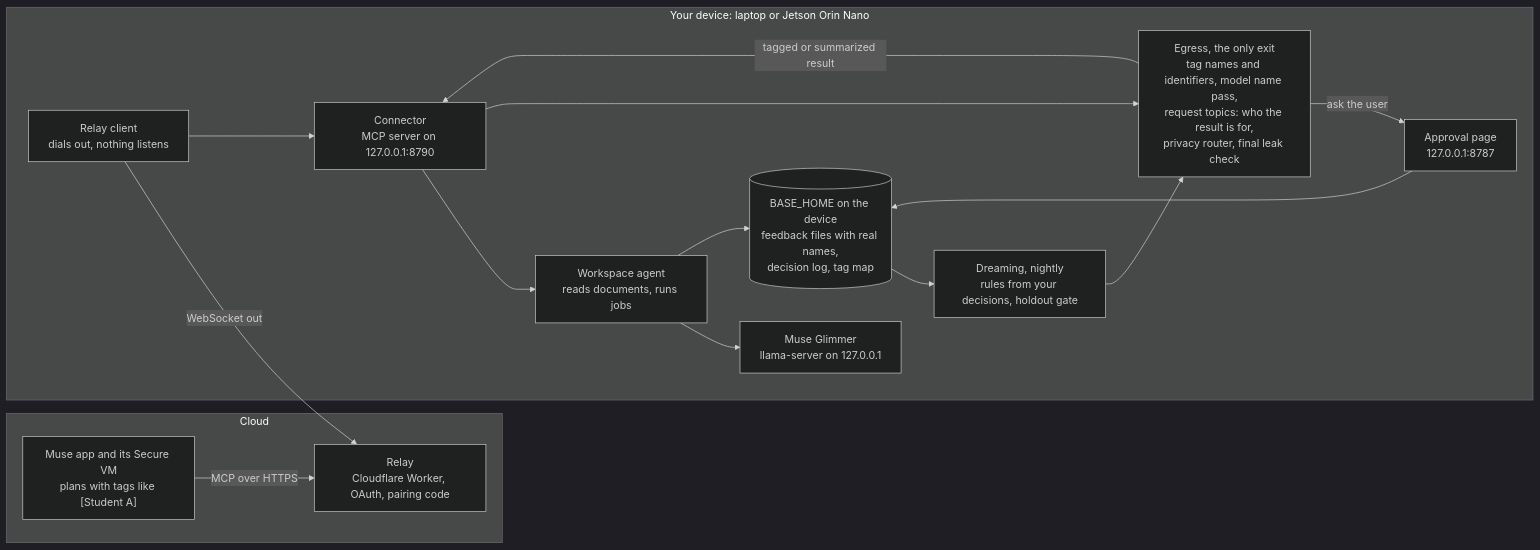
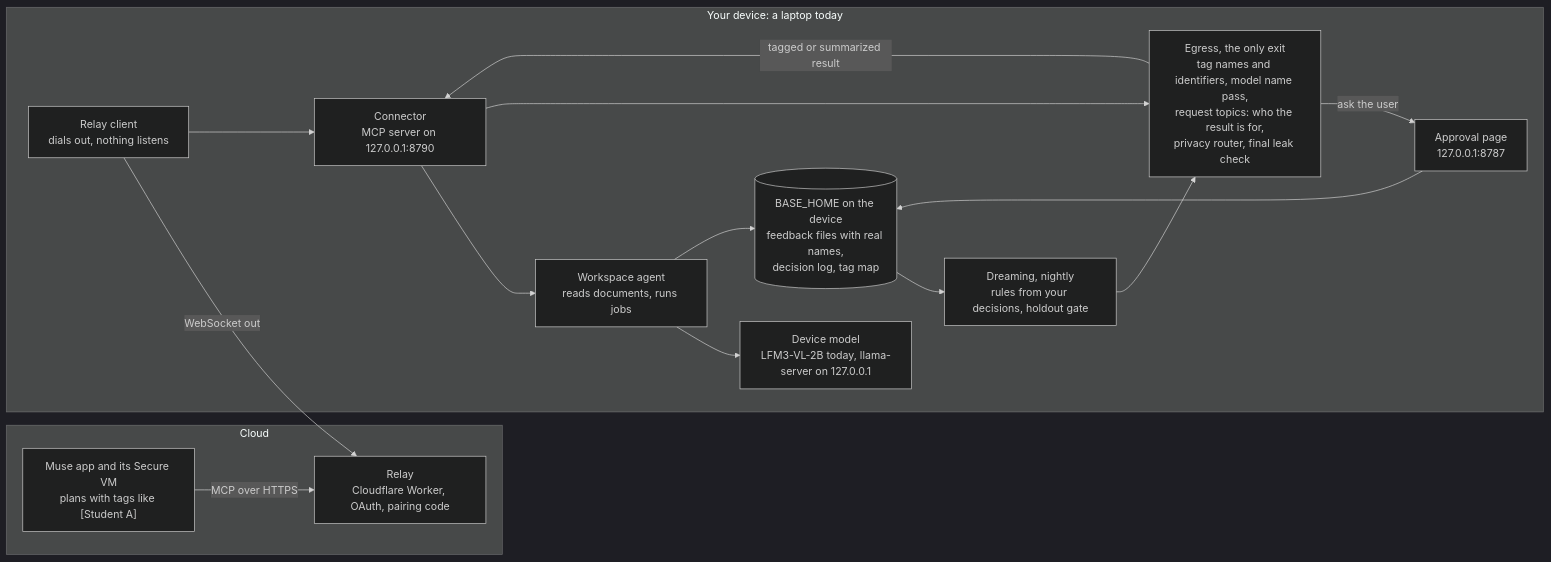
Before and after one commit to Offline-Base/muse-muse: the diagram in README.md, drawn with Mermaid (dark theme). The commit also changed other lines of this file and 4 other files, not shown here.

````diff
--- a/README.md
+++ b/README.md
@@ -17,29 +21,29 @@
 ```mermaid
 flowchart LR
   subgraph cloud["Cloud"]
     muse["Muse app and its Secure VM<br/>plans with tags like [Student A]"]
     relay["Relay<br/>Cloudflare Worker, OAuth, pairing code"]
   end
-  subgraph device["Your device: laptop or Jetson Orin Nano"]
+  subgraph device["Your device: a laptop today"]
     client["Relay client<br/>dials out, nothing listens"]
     conn["Connector<br/>MCP server on 127.0.0.1:8790"]
     agent["Workspace agent<br/>reads documents, runs jobs"]
-    glimmer["Muse Glimmer<br/>llama-server on 127.0.0.1"]
+    model["Device model<br/>LFM3-VL-2B today, llama-server on 127.0.0.1"]
     egress["Egress, the only exit<br/>tag names and identifiers, model name pass,<br/>request topics: who the result is for,<br/>privacy router, final leak check"]
     page["Approval page<br/>127.0.0.1:8787"]
     home[("BASE_HOME on the device<br/>feedback files with real names,<br/>decision log, tag map")]
     dream["Dreaming, nightly<br/>rules from your decisions, holdout gate"]
   end
   muse -- "MCP over HTTPS" --> relay
   client -- "WebSocket out" --> relay
   client --> conn
   conn --> agent
-  agent --> glimmer
+  agent --> model
   agent --> home
   conn --> egress
   egress -- "ask the user" --> page
   page --> home
   home --> dream
   dream --> egress
   egress -- "tagged or summarized result" --> conn
 ```
````
